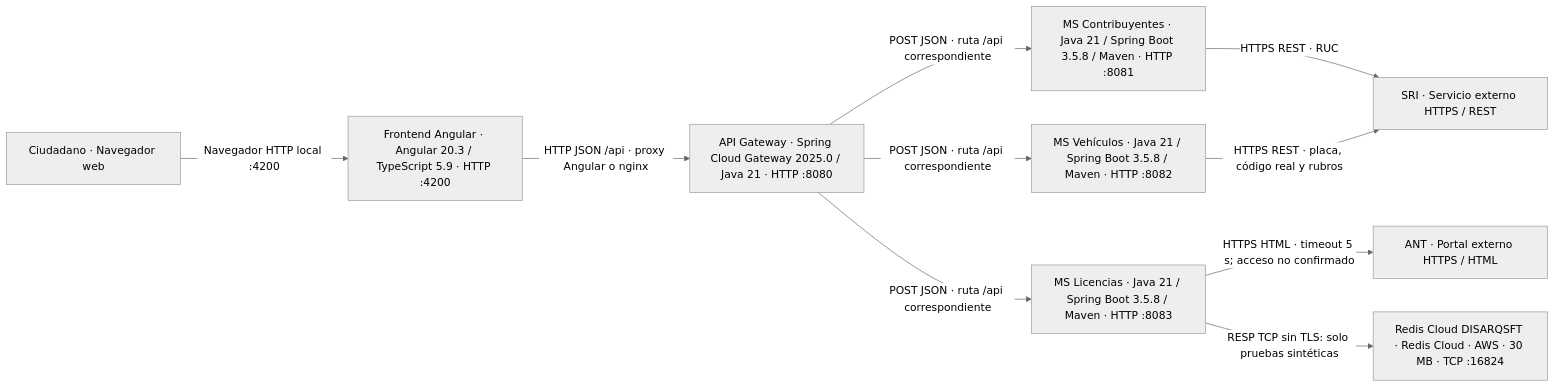
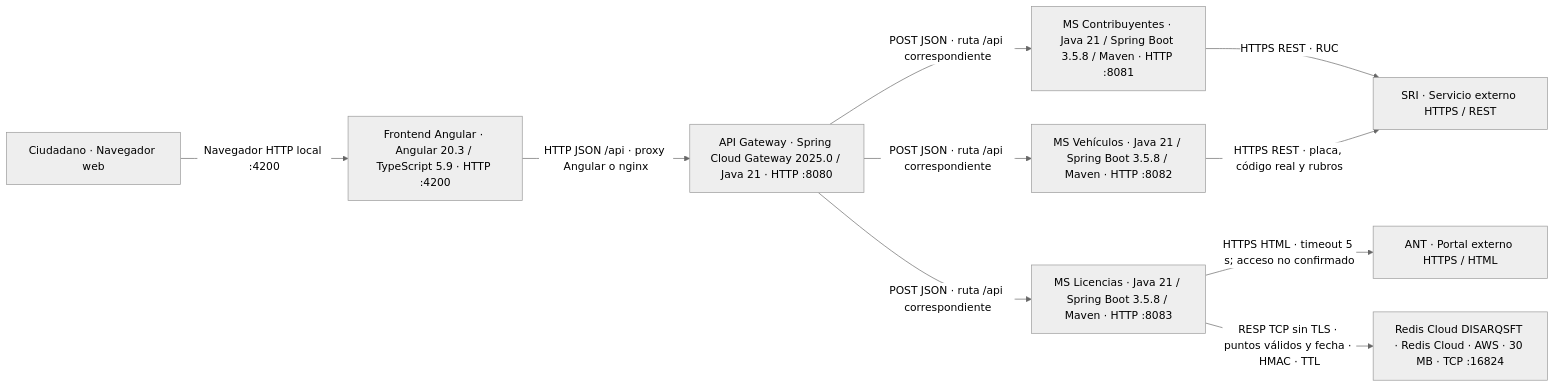
The diagram in docs/arquitectura/C2-contenedores.mmd (JosueRamses/Arquitectura-C4), drawn with Mermaid (neutral theme) before and after one commit. The commit also changed 10 other files, not shown here.

```diff
--- a/docs/arquitectura/C2-contenedores.mmd
+++ b/docs/arquitectura/C2-contenedores.mmd
@@ -1,19 +1,19 @@
 flowchart LR
   user["Ciudadano · Navegador web"]
   sri["SRI · Servicio externo HTTPS / REST"]
   ant["ANT · Portal externo HTTPS / HTML"]
   web["Frontend Angular · Angular 20.3 / TypeScript 5.9 · HTTP :4200"]
   gateway["API Gateway · Spring Cloud Gateway 2025.0 / Java 21 · HTTP :8080"]
   tax["MS Contribuyentes · Java 21 / Spring Boot 3.5.8 / Maven · HTTP :8081"]
   car["MS Vehículos · Java 21 / Spring Boot 3.5.8 / Maven · HTTP :8082"]
   lic["MS Licencias · Java 21 / Spring Boot 3.5.8 / Maven · HTTP :8083"]
   redis["Redis Cloud DISARQSFT · Redis Cloud · AWS · 30 MB · TCP :16824"]
   gateway -->|"POST JSON · ruta /api correspondiente"| tax
   gateway -->|"POST JSON · ruta /api correspondiente"| car
   gateway -->|"POST JSON · ruta /api correspondiente"| lic
   user -->|"Navegador HTTP local :4200"| web
   web -->|"HTTP JSON /api · proxy Angular o nginx"| gateway
   tax -->|"HTTPS REST · RUC"| sri
   car -->|"HTTPS REST · placa, código real y rubros"| sri
   lic -->|"HTTPS HTML · timeout 5 s; acceso no confirmado"| ant
-  lic -->|"RESP TCP sin TLS: solo pruebas sintéticas"| redis
+  lic -->|"RESP TCP sin TLS · puntos válidos y fecha · HMAC · TTL"| redis
```
